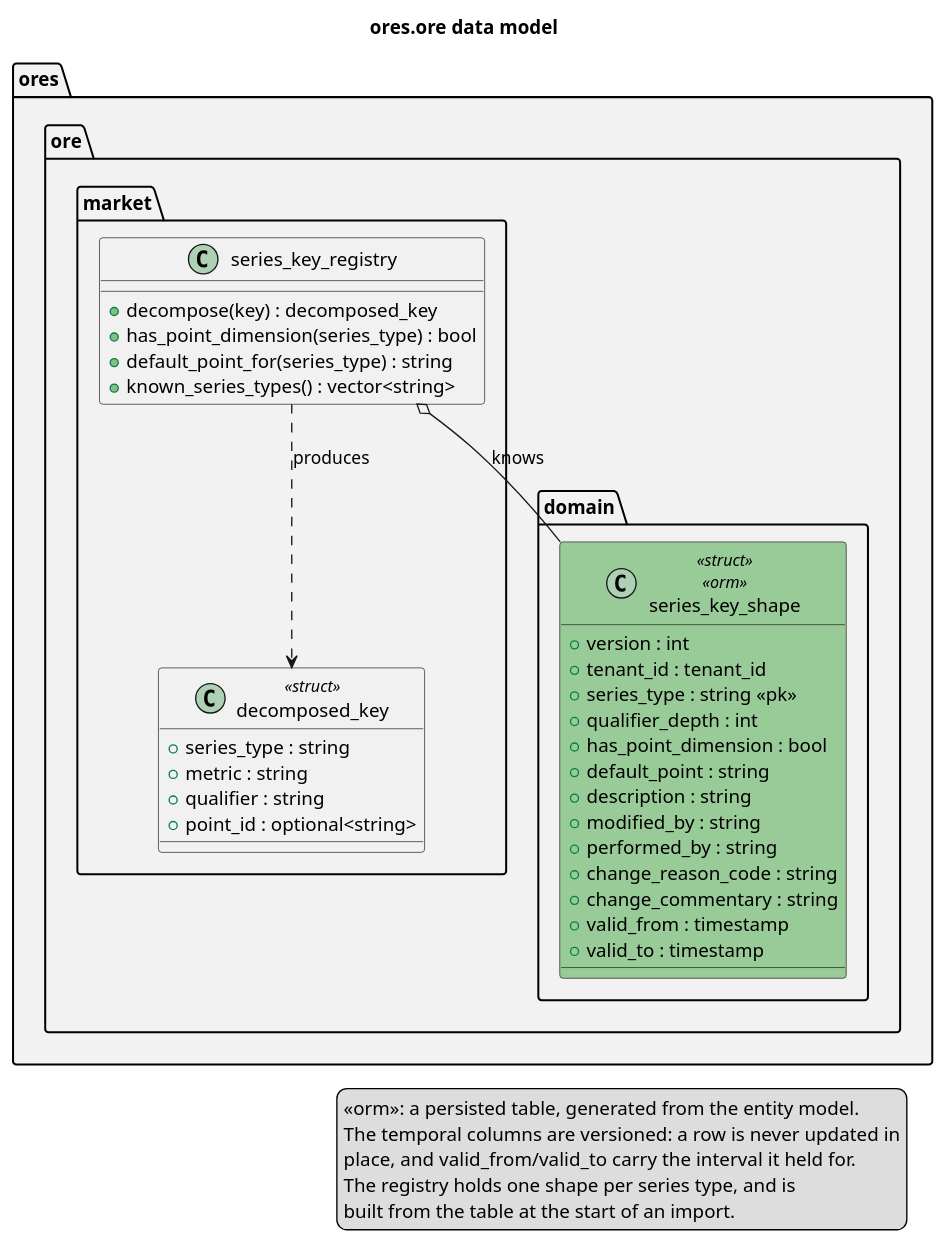
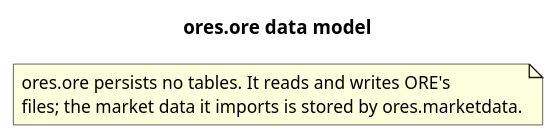
Before and after one commit to OreStudio/OreStudio: the diagram in projects/ores.ore/modeling/ores.ore.puml, drawn with PlantUML. The commit also changed 63 other files, not shown here.

First line of the commit message:
[ore] Retire the series key shape registry

```diff
--- a/projects/ores.ore/modeling/ores.ore.puml
+++ b/projects/ores.ore/modeling/ores.ore.puml
@@ -18,57 +18,15 @@
 @startuml
 
 title ores.ore data model
 
 set namespaceSeparator ::
 
-legend right
-  <<orm>>: a persisted table, generated from the entity model.
-  The temporal columns are versioned: a row is never updated in
-  place, and valid_from/valid_to carry the interval it held for.
-  The registry holds one shape per series type, and is
-  built from the table at the start of an import.
-endlegend
-
-namespace ores #F2F2F2 {
-    namespace ore #F2F2F2 {
-        namespace domain #F2F2F2 {
-            class series_key_shape <<struct>> <<orm>> #99CB99 {
-                +version : int
-                +tenant_id : tenant_id
-                +series_type : string <<pk>>
-                +qualifier_depth : int
-                +has_point_dimension : bool
-                +default_point : string
-                +description : string
-                +modified_by : string
-                +performed_by : string
-                +change_reason_code : string
-                +change_commentary : string
-                +valid_from : timestamp
-                +valid_to : timestamp
-            }
-        }
-        namespace market #F2F2F2 {
-            class series_key_registry {
-                +decompose(key) : decomposed_key
-                +has_point_dimension(series_type) : bool
-                +default_point_for(series_type) : string
-                +known_series_types() : vector<string>
-            }
-            class decomposed_key <<struct>> {
-                +series_type : string
-                +metric : string
-                +qualifier : string
-                +point_id : optional<string>
-            }
-        }
-    }
-}
-
-ores::ore::market::series_key_registry o-- ores::ore::domain::series_key_shape : knows
-ores::ore::market::series_key_registry ..> ores::ore::market::decomposed_key : produces
+note as OresOreDataModel
+  ores.ore persists no tables. It reads and writes ORE's
+  files; the market data it imports is stored by ores.marketdata.
+end note
 
 ' Local Variables:
 ' compile-command: "java -Djava.awt.headless=true -DPLANTUML_SECURITY_PROFILE=UNSECURE -DPLANTUML_LIMIT_SIZE=65535 -jar /usr/share/plantuml/plantuml.jar ores.ore.puml"
 ' End:
 @enduml
```
